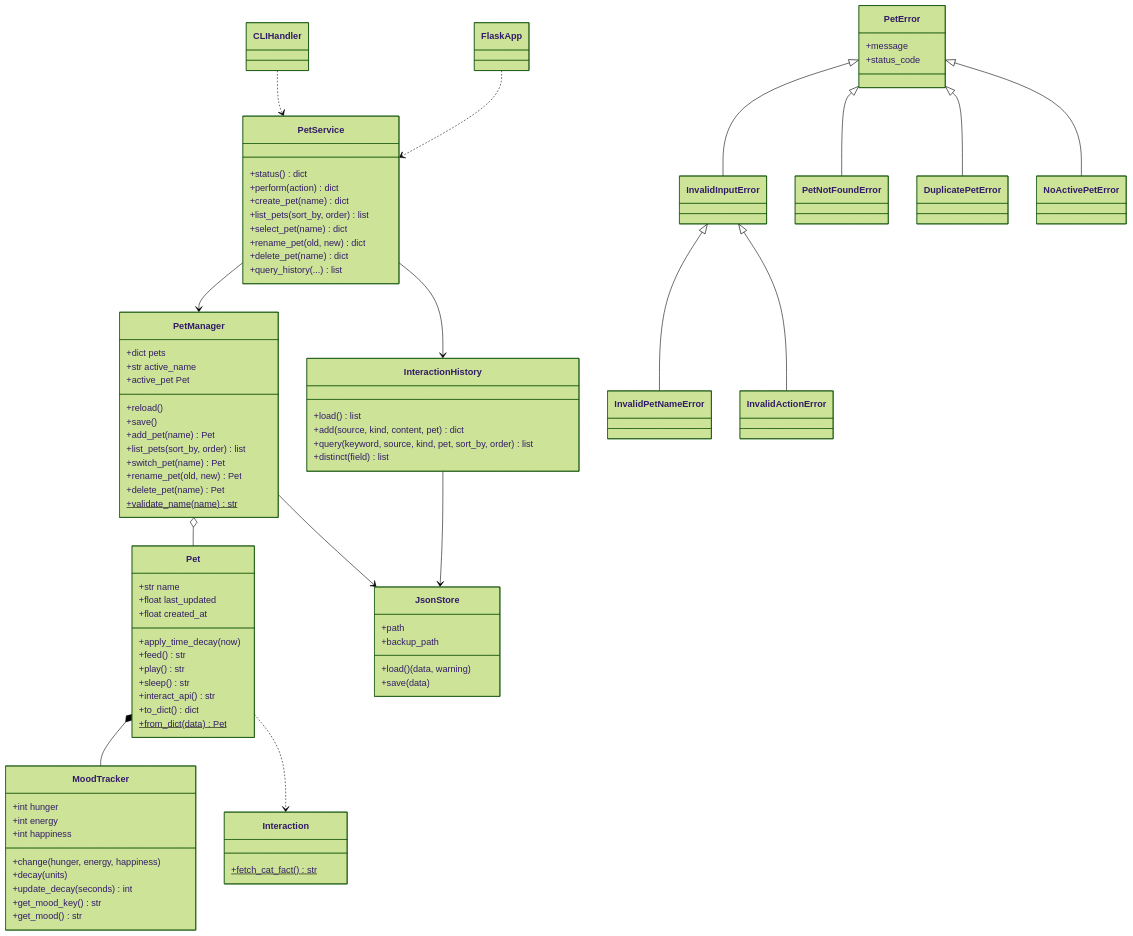
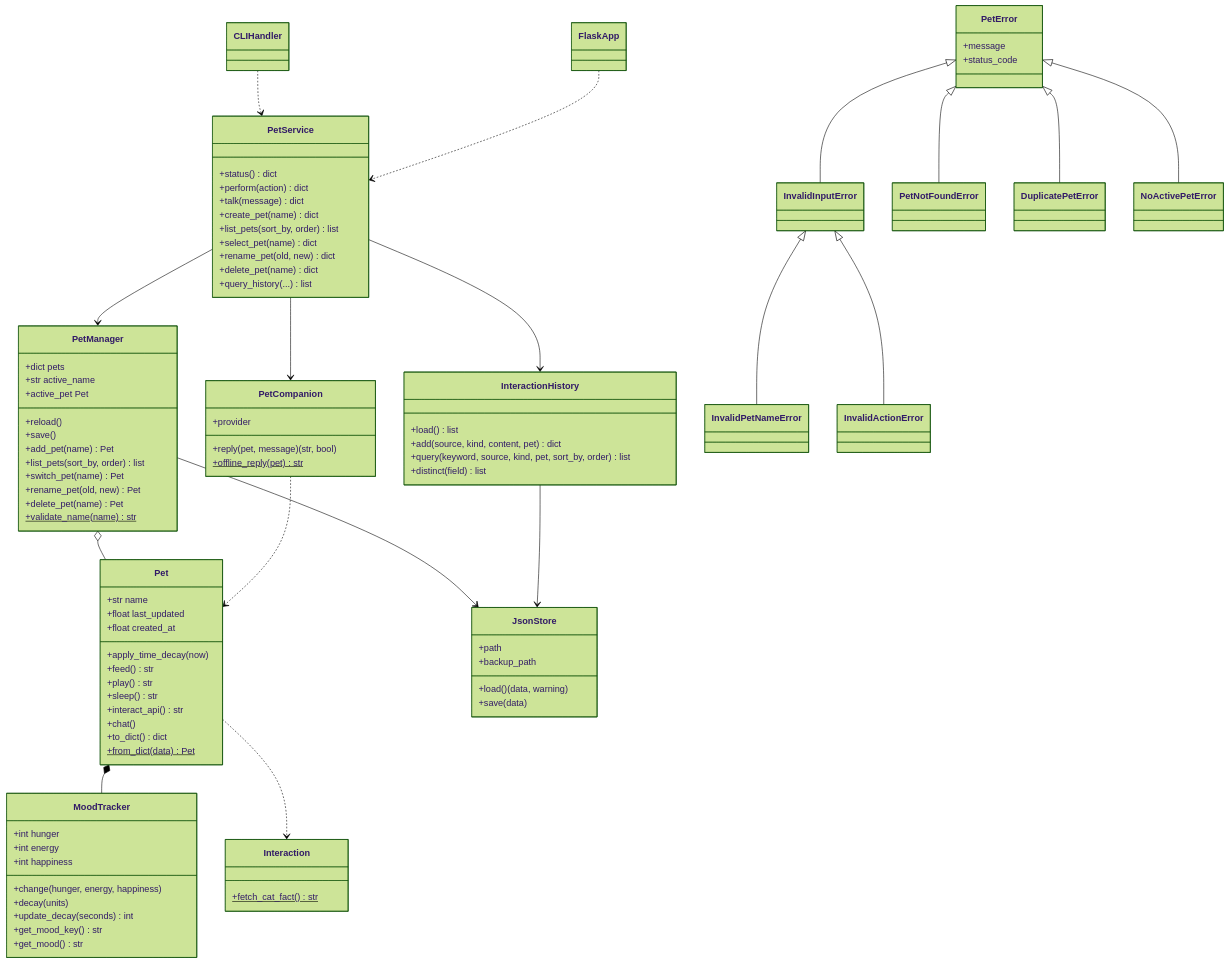
The diagram in PLAN.md (144P75/script_project), drawn with Mermaid (forest theme) before and after one commit. The commit also changed other lines of this file, not shown here.

```diff
--- a/PLAN.md
+++ b/PLAN.md
@@ -61,6 +65,7 @@
         +play() str
         +sleep() str
         +interact_api() str
+        +chat()
         +to_dict() dict
         +from_dict(data)$ Pet
     }
@@ -89,9 +94,15 @@
         +query(keyword, source, kind, pet, sort_by, order) list
         +distinct(field) list
     }
+    class PetCompanion {
+        +provider
+        +reply(pet, message) (str, bool)
+        +offline_reply(pet)$ str
+    }
     class PetService {
         +status() dict
         +perform(action) dict
+        +talk(message) dict
         +create_pet(name) dict
         +list_pets(sort_by, order) list
         +select_pet(name) dict
@@ -113,6 +124,8 @@
     InteractionHistory --> JsonStore
     PetService --> PetManager
     PetService --> InteractionHistory
+    PetService --> PetCompanion
+    PetCompanion ..> Pet
     CLIHandler ..> PetService
     FlaskApp ..> PetService
     PetError <|-- InvalidInputError
```
